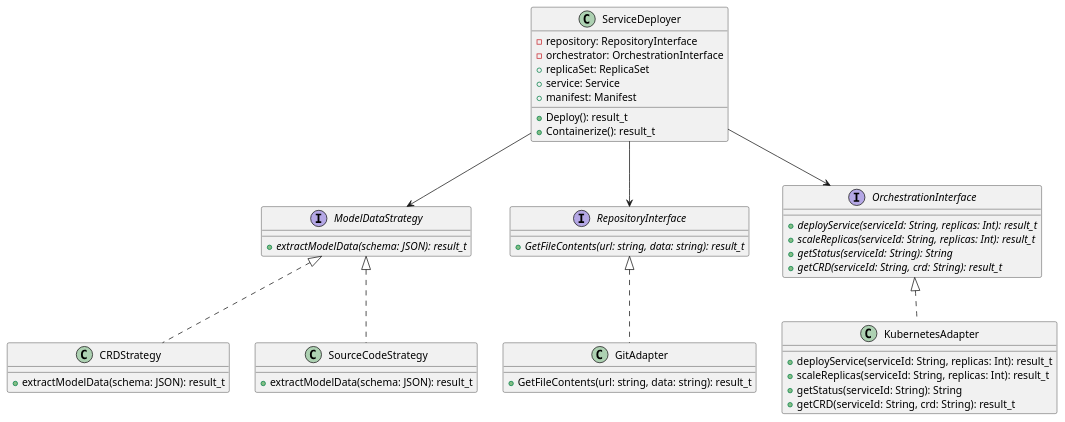
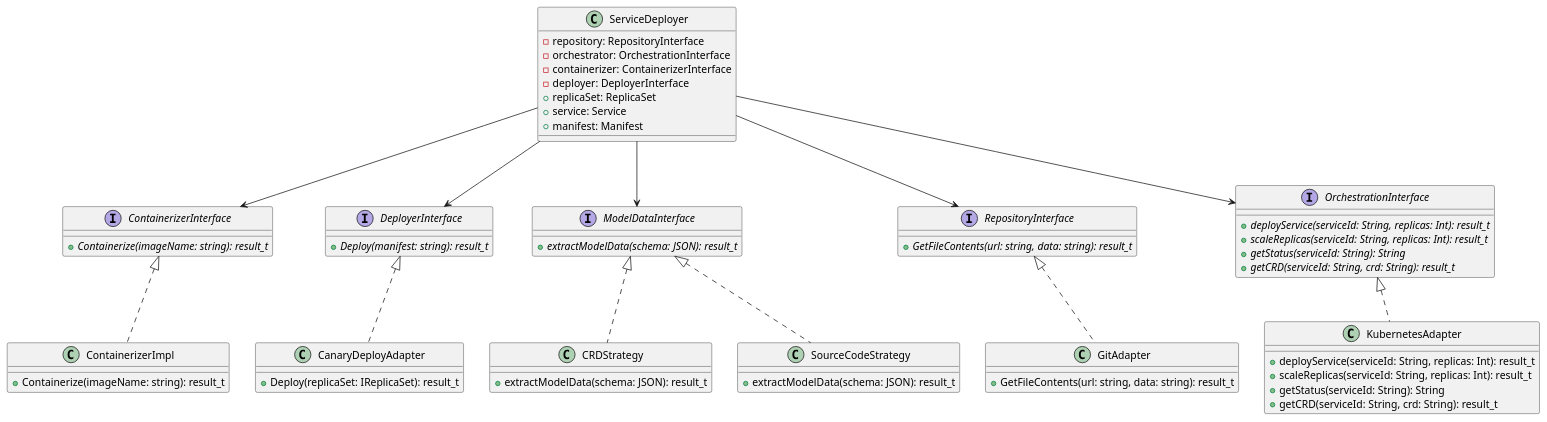
The diagram in PracticeTasks/Module2/Task_12/ServiceDeployer.puml (fanglores/Advanced-Software-Design), drawn with PlantUML before and after one commit. The commit also changed other lines of this file and 5 other files, not shown here.

Commit message:
service deployer fin

```diff
--- a/PracticeTasks/Module2/Task_12/ServiceDeployer.puml
+++ b/PracticeTasks/Module2/Task_12/ServiceDeployer.puml
@@ -1,49 +1,67 @@
 @startuml
-interface ModelDataStrategy {
+class ServiceDeployer {
+  -repository: RepositoryInterface
+  -orchestrator: OrchestrationInterface
+  -containerizer: ContainerizerInterface
+  -deployer: DeployerInterface
+  +replicaSet: ReplicaSet
+  +service: Service
+  +manifest: Manifest
+}
+
+interface ContainerizerInterface {
+  {abstract} +Containerize(imageName: string): result_t
+}
+
+class ContainerizerImpl implements ContainerizerInterface {
+  +Containerize(imageName: string): result_t
+}
+
+interface DeployerInterface {
+  {abstract} +Deploy(manifest: string): result_t
+}
+
+interface ModelDataInterface {
   {abstract} +extractModelData(schema: JSON): result_t
 }
 
-class CRDStrategy implements ModelDataStrategy {
+class CRDStrategy implements ModelDataInterface {
   +extractModelData(schema: JSON): result_t
 }
 
-class SourceCodeStrategy implements ModelDataStrategy {
+class SourceCodeStrategy implements ModelDataInterface {
   +extractModelData(schema: JSON): result_t
 }
 
 interface RepositoryInterface {
   {abstract} +GetFileContents(url: string, data: string): result_t
 }
 
 class GitAdapter implements RepositoryInterface {
   +GetFileContents(url: string, data: string): result_t
 }
 
 interface OrchestrationInterface {
   {abstract} +deployService(serviceId: String, replicas: Int): result_t
   {abstract} +scaleReplicas(serviceId: String, replicas: Int): result_t
   {abstract} +getStatus(serviceId: String): String
   {abstract} +getCRD(serviceId: String, crd: String): result_t
 }
 
 class KubernetesAdapter implements OrchestrationInterface {
   +deployService(serviceId: String, replicas: Int): result_t
   +scaleReplicas(serviceId: String, replicas: Int): result_t
   +getStatus(serviceId: String): String
   +getCRD(serviceId: String, crd: String): result_t
 }
 
-class ServiceDeployer {
-  -repository: RepositoryInterface
-  -orchestrator: OrchestrationInterface
-  +replicaSet: ReplicaSet
-  +service: Service
-  +manifest: Manifest
-  +Deploy(): result_t
-  +Containerize(): result_t
+class CanaryDeployAdapter implements DeployerInterface {
+  +Deploy(replicaSet: IReplicaSet): result_t
 }
 
+ServiceDeployer --> ContainerizerInterface
+ServiceDeployer --> DeployerInterface
 ServiceDeployer --> RepositoryInterface
-ServiceDeployer --> ModelDataStrategy
+ServiceDeployer --> ModelDataInterface
 ServiceDeployer --> OrchestrationInterface
 @enduml
```
